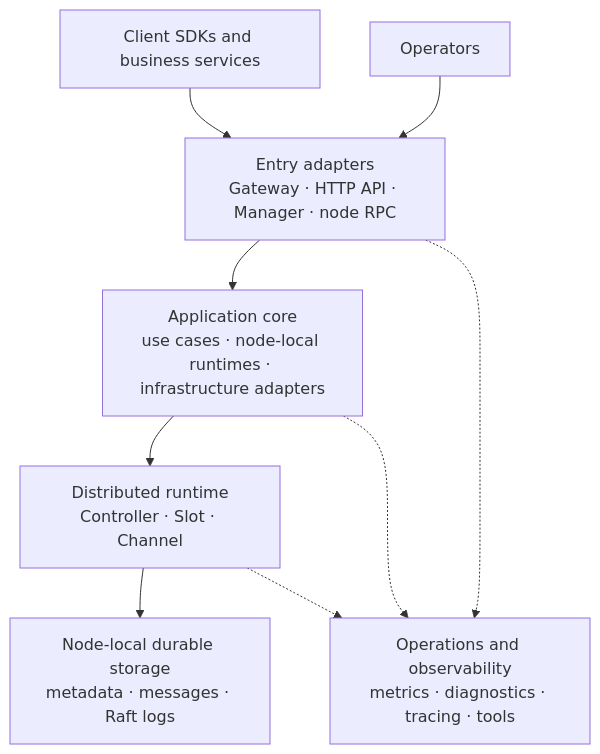
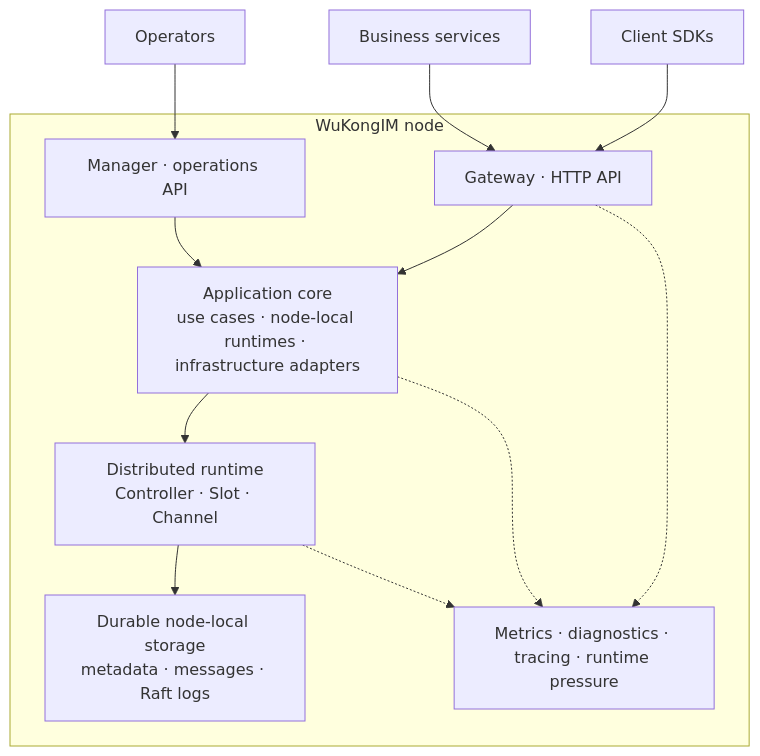
The first of 2 diagrams in README.md (WuKongIM/WuKongIM), drawn with Mermaid before and after one commit. The commit also changed other lines of this file and 5 other files, not shown here.

````diff
--- a/README.md
+++ b/README.md
@@ -126,19 +129,23 @@
 ```mermaid
 flowchart TB
-    Client["Client SDKs and business services"]
-    Operator["Operators"]
-    Access["Entry adapters<br/>Gateway · HTTP API · Manager · node RPC"]
-    Core["Application core<br/>use cases · node-local runtimes · infrastructure adapters"]
-    Cluster["Distributed runtime<br/>Controller · Slot · Channel"]
-    Storage["Node-local durable storage<br/>metadata · messages · Raft logs"]
-    Observe["Operations and observability<br/>metrics · diagnostics · tracing · tools"]
+    Clients["Client SDKs"] --> Access
+    Services["Business services"] --> Access
+    Operators["Operators"] --> Manager
 
-    Client --> Access
-    Operator --> Access
-    Access --> Core
-    Core --> Cluster
-    Cluster --> Storage
-    Access -.-> Observe
-    Core -.-> Observe
-    Cluster -.-> Observe
+    subgraph Node["WuKongIM node"]
+        Access["Gateway · HTTP API"]
+        Manager["Manager · operations API"]
+        Core["Application core<br/>use cases · node-local runtimes · infrastructure adapters"]
+        Cluster["Distributed runtime<br/>Controller · Slot · Channel"]
+        Storage["Durable node-local storage<br/>metadata · messages · Raft logs"]
+        Observe["Metrics · diagnostics · tracing · runtime pressure"]
+
+        Access --> Core
+        Manager --> Core
+        Core --> Cluster
+        Cluster --> Storage
+        Access -.-> Observe
+        Core -.-> Observe
+        Cluster -.-> Observe
+    end
 ```
````
